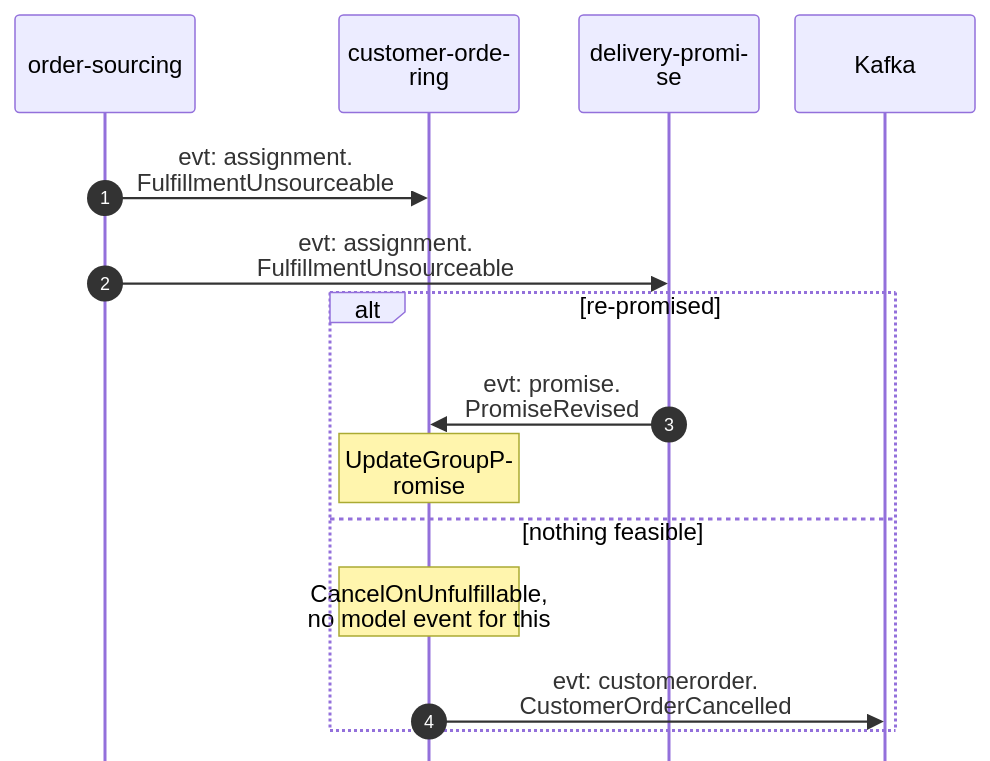
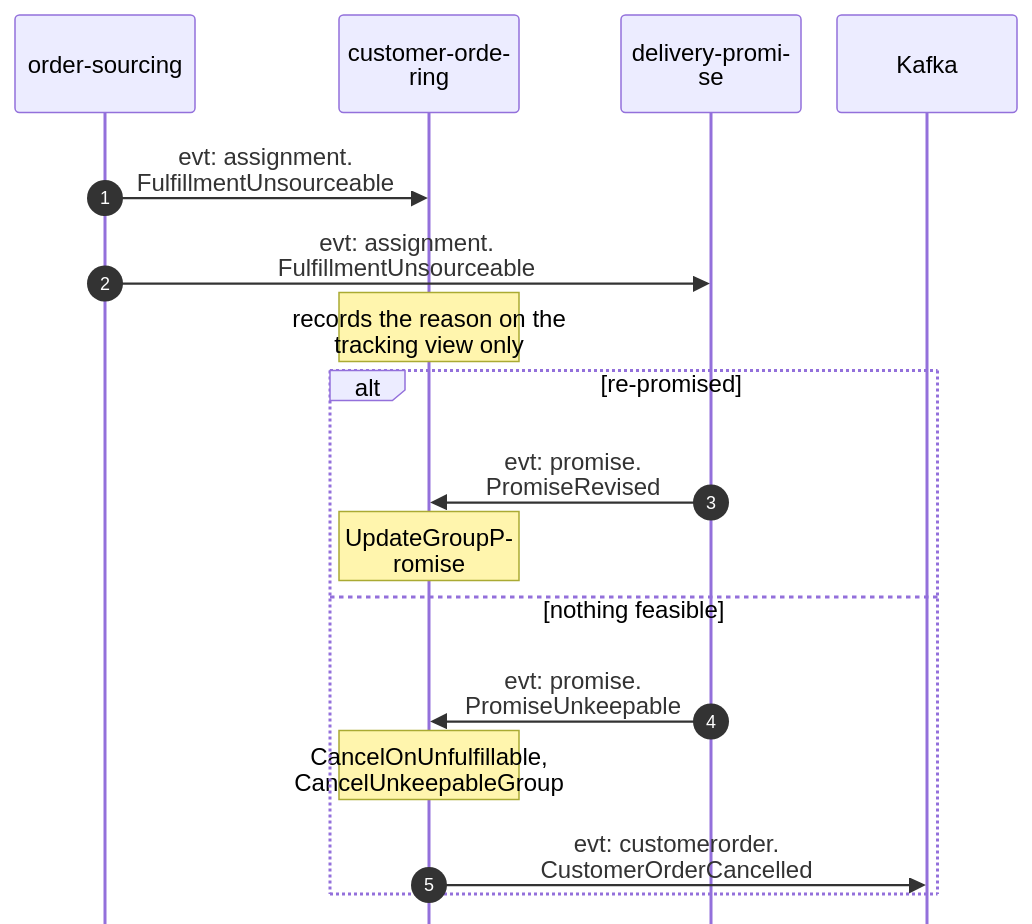
One commit to IQVO/warehouse-docs changed the fifth of 5 diagrams in network/docs/contexts/customer-ordering/domain-message-flow.md. Above: the diagram before and after it, drawn with Mermaid. The commit also changed other lines of this file and 11 other files, not shown here.

Commit message:
docs(network): customer-ordering pack and model follow the repo (A9 shopper check, derived status, cancel request, slugs, PromiseUnkeepable)

````diff
--- a/network/docs/contexts/customer-ordering/domain-message-flow.md
+++ b/network/docs/contexts/customer-ordering/domain-message-flow.md
@@ -169,18 +169,20 @@
 ```mermaid
 %%{init: {"sequence": {"wrap": true, "width": 120, "actorMargin": 24, "messageMargin": 28, "boxMargin": 6, "noteMargin": 6, "mirrorActors": false}}}%%
 sequenceDiagram
     autonumber
     participant OS as order-sourcing
     participant CO as customer-ordering
     participant DP as delivery-promise
     participant K as Kafka
     OS->>CO: evt: assignment.<br/>FulfillmentUnsourceable
     OS->>DP: evt: assignment.<br/>FulfillmentUnsourceable
+    Note over CO: records the reason on the<br/>tracking view only
     alt re-promised
         DP->>CO: evt: promise.<br/>PromiseRevised
         Note over CO: UpdateGroupPromise
     else nothing feasible
-        Note over CO: CancelOnUnfulfillable,<br/>no model event for this
+        DP->>CO: evt: promise.<br/>PromiseUnkeepable
+        Note over CO: CancelOnUnfulfillable,<br/>CancelUnkeepableGroup
         CO->>K: evt: customerorder.<br/>CustomerOrderCancelled
     end
 ```
````
